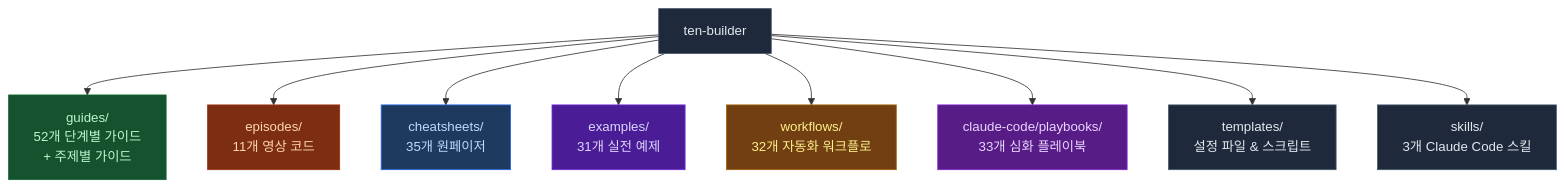
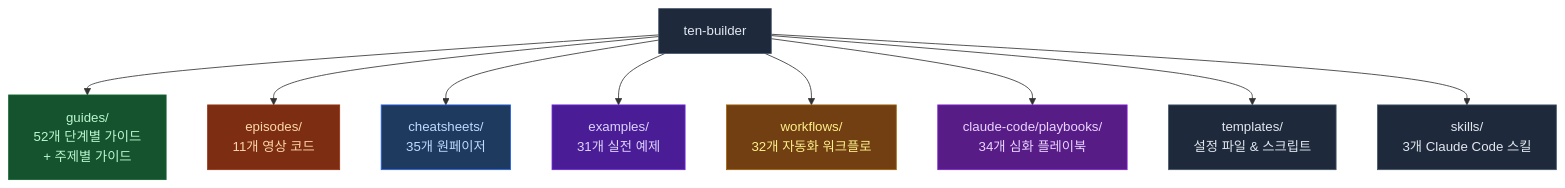
One commit to ten-builder/ten-builder changed the first of 2 diagrams in README.md. Above: the diagram before and after it, drawn with Mermaid. The commit also changed other lines of this file, not shown here.

Commit message:
docs: README sync -- add playbook 40 intent-based task decomposition

````diff
--- a/README.md
+++ b/README.md
@@ -23,21 +23,21 @@
 ```mermaid
 flowchart TD
     R["ten-builder"] --> G["guides/\n52개 단계별 가이드\n+ 주제별 가이드"]
     R --> E["episodes/\n11개 영상 코드"]
     R --> C["cheatsheets/\n35개 원페이저"]
     R --> EX["examples/\n31개 실전 예제"]
     R --> W["workflows/\n32개 자동화 워크플로"]
-    R --> P["claude-code/playbooks/\n33개 심화 플레이북"]
+    R --> P["claude-code/playbooks/\n34개 심화 플레이북"]
     R --> T["templates/\n설정 파일 & 스크립트"]
     R --> S["skills/\n3개 Claude Code 스킬"]
 
     style R fill:#1e293b,stroke:#475569,color:#e2e8f0
     style G fill:#14532d,stroke:#166534,color:#bbf7d0
     style E fill:#7c2d12,stroke:#9a3412,color:#fed7aa
     style C fill:#1e3a5f,stroke:#2563eb,color:#bfdbfe
     style EX fill:#4a1d96,stroke:#6d28d9,color:#ddd6fe
     style W fill:#713f12,stroke:#a16207,color:#fef08a
     style P fill:#581c87,stroke:#7e22ce,color:#e9d5ff
     style T fill:#1e293b,stroke:#475569,color:#e2e8f0
     style S fill:#1e293b,stroke:#475569,color:#e2e8f0
 ```
````
